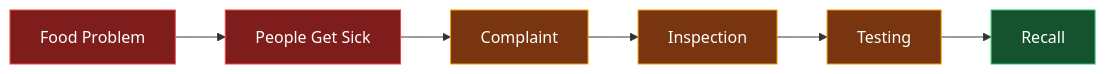
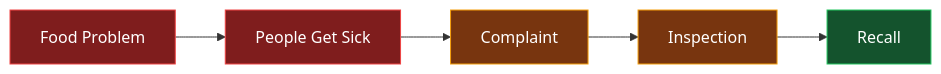
The first of 9 diagrams in README.md (codeejb/Foodguard), drawn with Mermaid before and after one commit. The commit also changed other lines of this file, not shown here.

````diff
--- a/README.md
+++ b/README.md
@@ -59,10 +28,9 @@
 ```mermaid
 flowchart LR
-    A[Food Problem] --> B[People Get Sick] --> C[Complaint] --> D[Inspection] --> E[Testing] --> F[Recall]
+    A[Food Problem] --> B[People Get Sick] --> C[Complaint] --> D[Inspection] --> E[Recall]
     style A fill:#7f1d1d,stroke:#ef4444,color:#fff
     style B fill:#7f1d1d,stroke:#ef4444,color:#fff
     style C fill:#78350f,stroke:#f59e0b,color:#fff
     style D fill:#78350f,stroke:#f59e0b,color:#fff
-    style E fill:#78350f,stroke:#f59e0b,color:#fff
-    style F fill:#14532d,stroke:#22c55e,color:#fff
+    style E fill:#14532d,stroke:#22c55e,color:#fff
 ```
````
